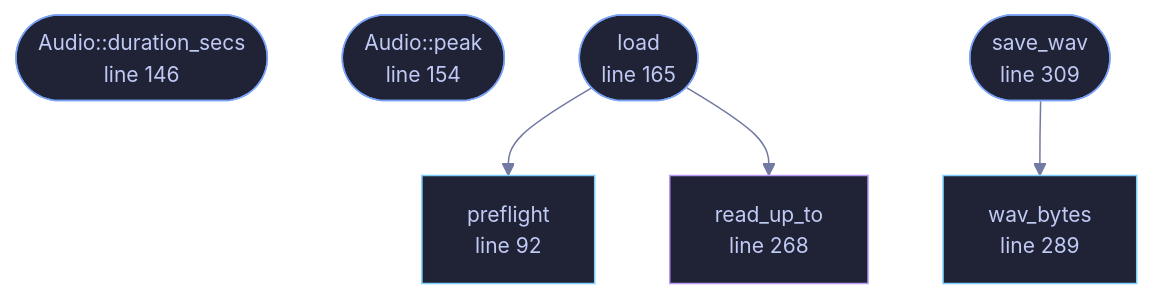
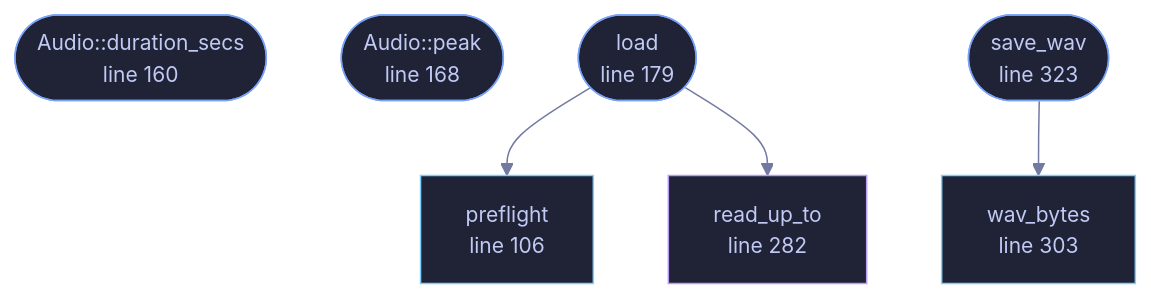
One commit to tilas01/veilvoice changed the diagram in docs/files/veilvoice-audio/io.md. Above: the diagram before and after it, drawn with Mermaid. The commit also changed other lines of this file and 487 other files, not shown here.

````diff
--- a/docs/files/veilvoice-audio/io.md
+++ b/docs/files/veilvoice-audio/io.md
@@ -96,27 +111,27 @@
 ```mermaid
 %%{init: {"theme":"base","themeVariables":{"background":"#1a1b26","primaryColor":"#1f2335","primaryTextColor":"#c0caf5","primaryBorderColor":"#7aa2f7","secondaryColor":"#16161e","tertiaryColor":"#16161e","lineColor":"#737aa2","textColor":"#c0caf5","mainBkg":"#1f2335","nodeBorder":"#7aa2f7","clusterBkg":"#16161e","clusterBorder":"#2f3549","fontFamily":"ui-monospace, SFMono-Regular, Consolas, monospace","fontSize":"14px"}}}%%
 flowchart TD
-    n_preflight["preflight<br/>line 92"]
-    n_duration_secs(["Audio::duration_secs<br/>line 146"])
-    n_peak(["Audio::peak<br/>line 154"])
-    n_load(["load<br/>line 165"])
-    n_read_up_to["read_up_to<br/>line 268"]
-    n_wav_bytes["wav_bytes<br/>line 289"]
-    n_save_wav(["save_wav<br/>line 309"])
+    n_preflight["preflight<br/>line 106"]
+    n_duration_secs(["Audio::duration_secs<br/>line 160"])
+    n_peak(["Audio::peak<br/>line 168"])
+    n_load(["load<br/>line 179"])
+    n_read_up_to["read_up_to<br/>line 282"]
+    n_wav_bytes["wav_bytes<br/>line 303"]
+    n_save_wav(["save_wav<br/>line 323"])
     n_load --> n_preflight
     n_load --> n_read_up_to
     n_save_wav --> n_wav_bytes
-    click n_preflight href "https://github.com/tilas01/veilvoice/blob/main/crates/veilvoice-audio/src/io.rs#L92" "open the source"
-    click n_duration_secs href "https://github.com/tilas01/veilvoice/blob/main/crates/veilvoice-audio/src/io.rs#L146" "open the source"
-    click n_peak href "https://github.com/tilas01/veilvoice/blob/main/crates/veilvoice-audio/src/io.rs#L154" "open the source"
-    click n_load href "https://github.com/tilas01/veilvoice/blob/main/crates/veilvoice-audio/src/io.rs#L165" "open the source"
-    click n_read_up_to href "https://github.com/tilas01/veilvoice/blob/main/crates/veilvoice-audio/src/io.rs#L268" "open the source"
-    click n_wav_bytes href "https://github.com/tilas01/veilvoice/blob/main/crates/veilvoice-audio/src/io.rs#L289" "open the source"
-    click n_save_wav href "https://github.com/tilas01/veilvoice/blob/main/crates/veilvoice-audio/src/io.rs#L309" "open the source"
+    click n_preflight href "https://github.com/tilas01/veilvoice/blob/main/crates/veilvoice-audio/src/io.rs#L106" "open the source"
+    click n_duration_secs href "https://github.com/tilas01/veilvoice/blob/main/crates/veilvoice-audio/src/io.rs#L160" "open the source"
+    click n_peak href "https://github.com/tilas01/veilvoice/blob/main/crates/veilvoice-audio/src/io.rs#L168" "open the source"
+    click n_load href "https://github.com/tilas01/veilvoice/blob/main/crates/veilvoice-audio/src/io.rs#L179" "open the source"
+    click n_read_up_to href "https://github.com/tilas01/veilvoice/blob/main/crates/veilvoice-audio/src/io.rs#L282" "open the source"
+    click n_wav_bytes href "https://github.com/tilas01/veilvoice/blob/main/crates/veilvoice-audio/src/io.rs#L303" "open the source"
+    click n_save_wav href "https://github.com/tilas01/veilvoice/blob/main/crates/veilvoice-audio/src/io.rs#L323" "open the source"
     classDef entry fill:#1f2335,stroke:#7aa2f7,color:#c0caf5
     class n_duration_secs,n_peak,n_load,n_save_wav entry
     classDef api fill:#1f2335,stroke:#7dcfff,color:#c0caf5
     class n_preflight,n_wav_bytes api
     classDef helper fill:#1f2335,stroke:#bb9af7,color:#c0caf5
     class n_read_up_to helper
 ```
````
